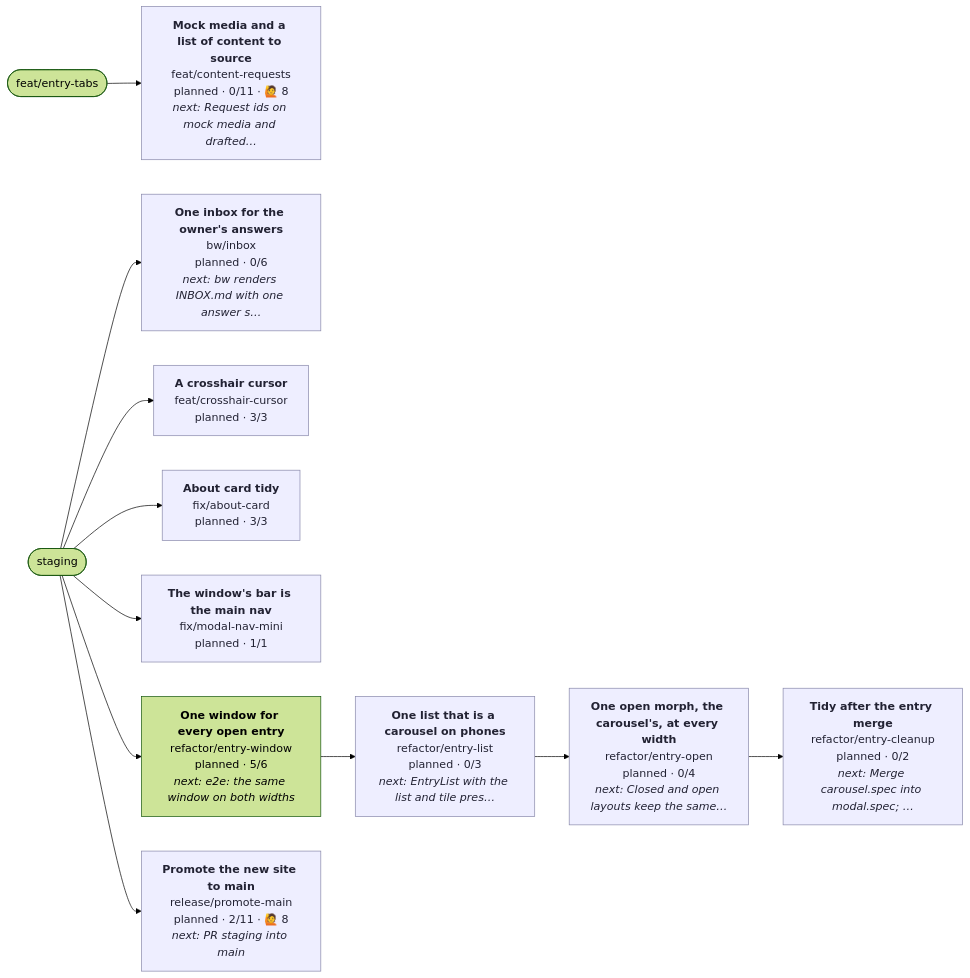
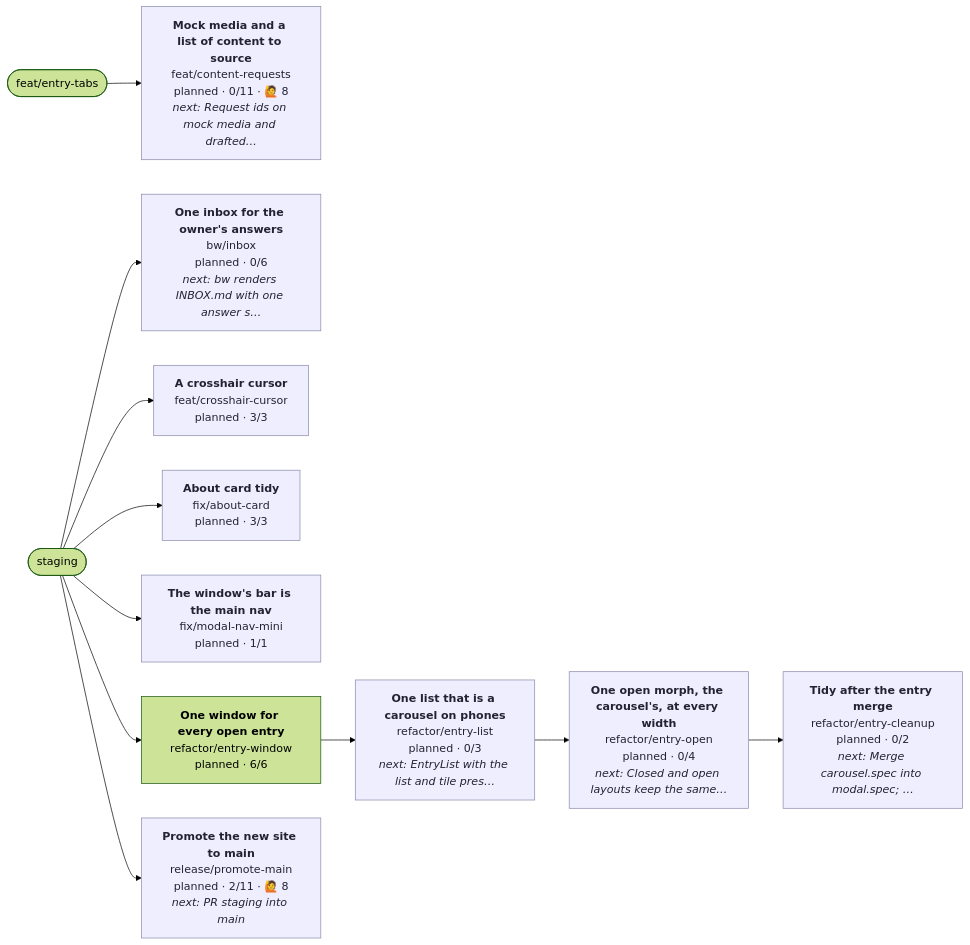
One commit to henryjonescodes/portfolio changed the diagram in CONTRIBUTING.md. Above: the diagram before and after it, drawn with Mermaid (forest theme). The commit also changed other lines of this file, not shown here.

````diff
--- a/CONTRIBUTING.md
+++ b/CONTRIBUTING.md
@@ -17,40 +17,40 @@
 ```mermaid
 flowchart LR
   n_staging([staging])
   n_feat_entry_tabs([feat/entry-tabs])
   n_bw_inbox["<b>One inbox for the owner's answers</b><br/>bw/inbox<br/>planned · 0/6<br/><i>next: bw renders INBOX.md with one answer s…</i>"]
   class n_bw_inbox planned
   n_staging --> n_bw_inbox
   n_feat_content_requests["<b>Mock media and a list of content to source</b><br/>feat/content-requests<br/>planned · 0/11 · 🙋 8<br/><i>next: Request ids on mock media and drafted…</i>"]
   class n_feat_content_requests planned
   n_feat_entry_tabs --> n_feat_content_requests
   n_feat_crosshair_cursor["<b>A crosshair cursor</b><br/>feat/crosshair-cursor<br/>planned · 3/3"]
   class n_feat_crosshair_cursor planned
   n_staging --> n_feat_crosshair_cursor
   n_fix_about_card["<b>About card tidy</b><br/>fix/about-card<br/>planned · 3/3"]
   class n_fix_about_card planned
   n_staging --> n_fix_about_card
   n_fix_modal_nav_mini["<b>The window's bar is the main nav</b><br/>fix/modal-nav-mini<br/>planned · 1/1"]
   class n_fix_modal_nav_mini planned
   n_staging --> n_fix_modal_nav_mini
   n_refactor_entry_cleanup["<b>Tidy after the entry merge</b><br/>refactor/entry-cleanup<br/>planned · 0/2<br/><i>next: Merge carousel.spec into modal.spec; …</i>"]
   class n_refactor_entry_cleanup planned
   n_refactor_entry_open --> n_refactor_entry_cleanup
   n_refactor_entry_list["<b>One list that is a carousel on phones</b><br/>refactor/entry-list<br/>planned · 0/3<br/><i>next: EntryList with the list and tile pres…</i>"]
   class n_refactor_entry_list planned
   n_refactor_entry_window --> n_refactor_entry_list
   n_refactor_entry_open["<b>One open morph, the carousel's, at every width</b><br/>refactor/entry-open<br/>planned · 0/4<br/><i>next: Closed and open layouts keep the same…</i>"]
   class n_refactor_entry_open planned
   n_refactor_entry_list --> n_refactor_entry_open
-  n_refactor_entry_window["<b>One window for every open entry</b><br/>refactor/entry-window<br/>planned · 5/6<br/><i>next: e2e: the same window on both widths</i>"]
+  n_refactor_entry_window["<b>One window for every open entry</b><br/>refactor/entry-window<br/>planned · 6/6"]
   class n_refactor_entry_window planned,current
   n_staging --> n_refactor_entry_window
   n_release_promote_main["<b>Promote the new site to main</b><br/>release/promote-main<br/>planned · 2/11 · 🙋 8<br/><i>next: PR staging into main</i>"]
   class n_release_promote_main planned
   n_staging --> n_release_promote_main
   classDef planned fill:#eef,stroke:#88a,color:#223
   classDef active fill:#dfd,stroke:#3a3,stroke-width:3px,color:#132
   classDef blocked fill:#fdd,stroke:#c33,color:#311
   classDef review fill:#ffd,stroke:#cc3,color:#331
   classDef current stroke:#06c,stroke-width:4px
 ```
````
